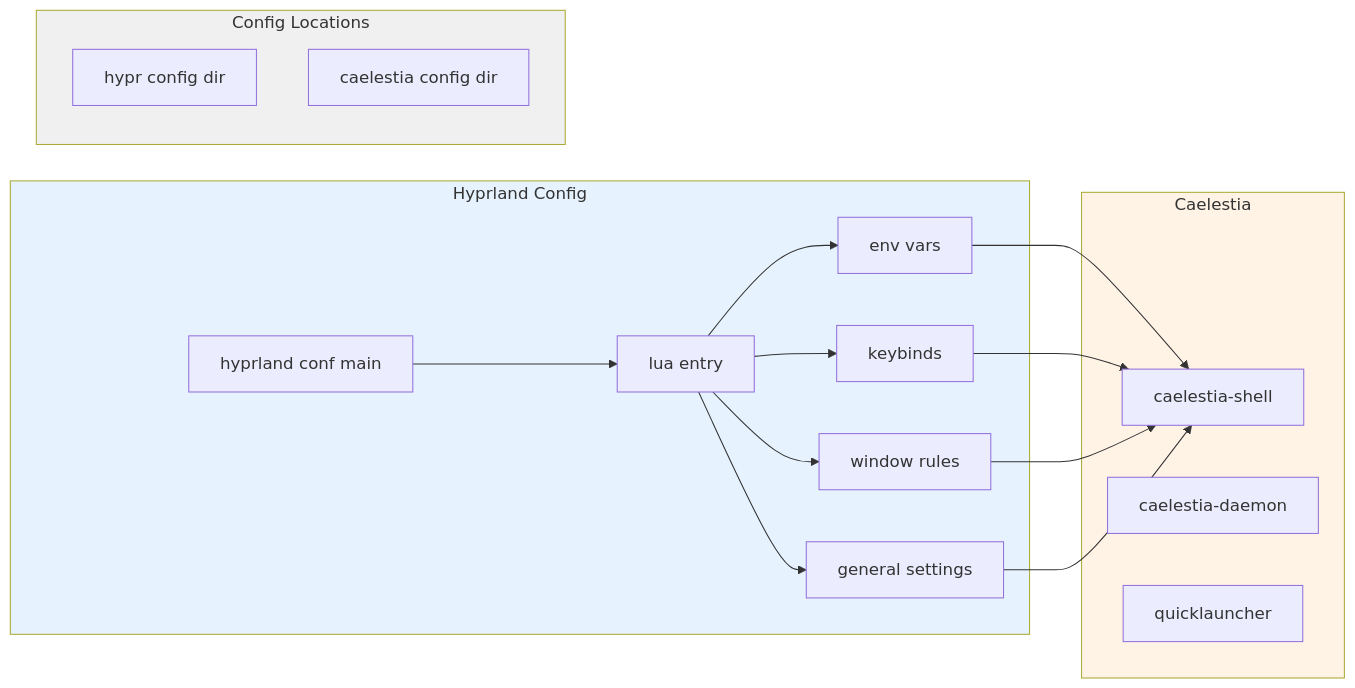
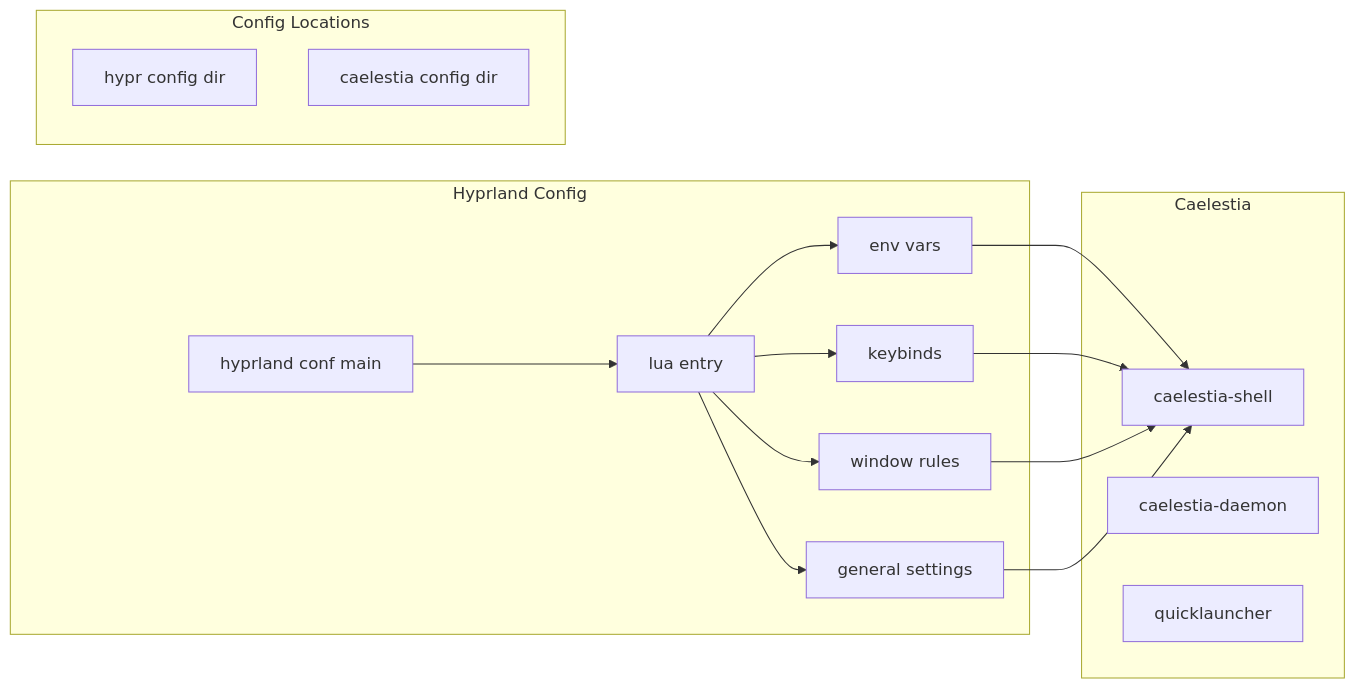
Before and after one commit to 444Nazky/My-Vault: the second of 5 diagrams in System/System-Architecture.md, drawn with Mermaid. The commit also changed other lines of this file and 36 other files, not shown here.

````diff
--- a/System/System-Architecture.md
+++ b/System/System-Architecture.md
@@ -60,37 +58,35 @@
 ```mermaid
 graph LR
     subgraph Config["Hyprland Config"]
         A["hyprland conf main"]
         B["lua entry"]
         C["env vars"]
         D["keybinds"]
         E["window rules"]
         F["general settings"]
     end
 
     subgraph Caelestia["Caelestia"]
         G[caelestia-shell]
         H[caelestia-daemon]
         I[quicklauncher]
     end
 
     subgraph Sources["Config Locations"]
         L1["hypr config dir"]
         L2["caelestia config dir"]
     end
 
     A --> B
     B --> C
     B --> D
     B --> E
     B --> F
 
     C --> G
     D --> G
     E --> G
     F --> G
 
-    style Config fill:#e6f3ff
-    style Caelestia fill:#fff3e6
-    style Sources fill:#f0f0f0
+
 ```
````
